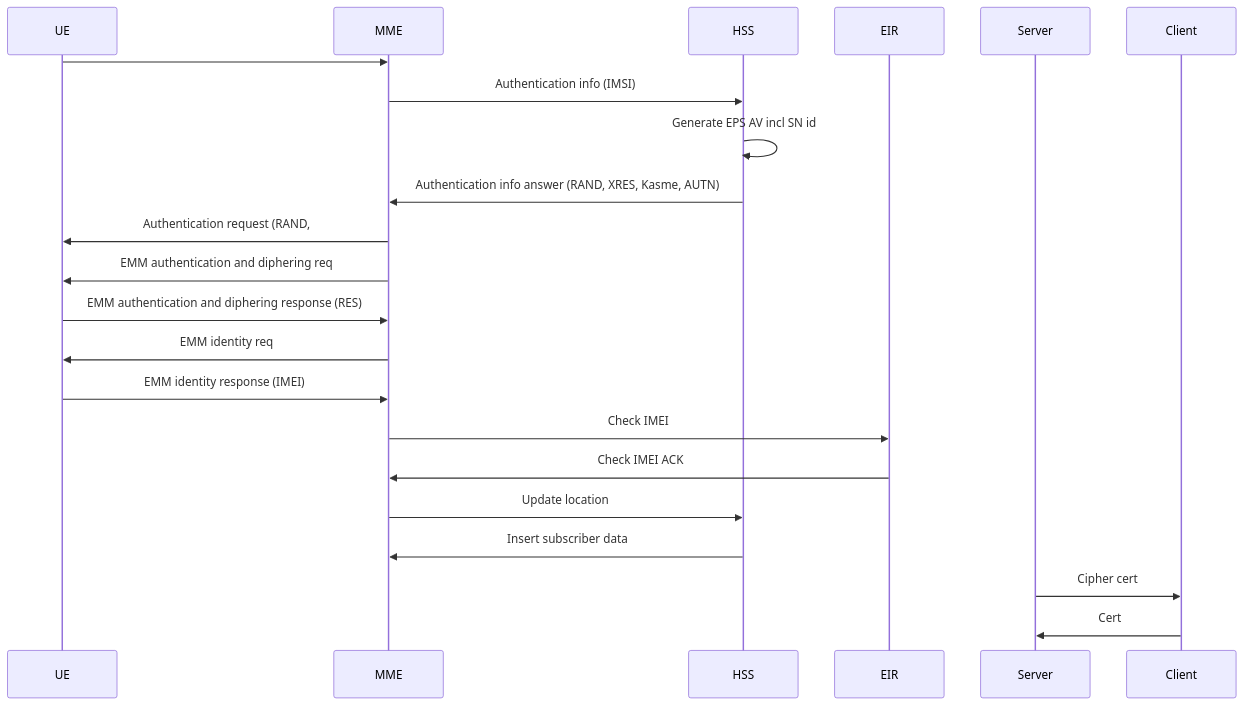
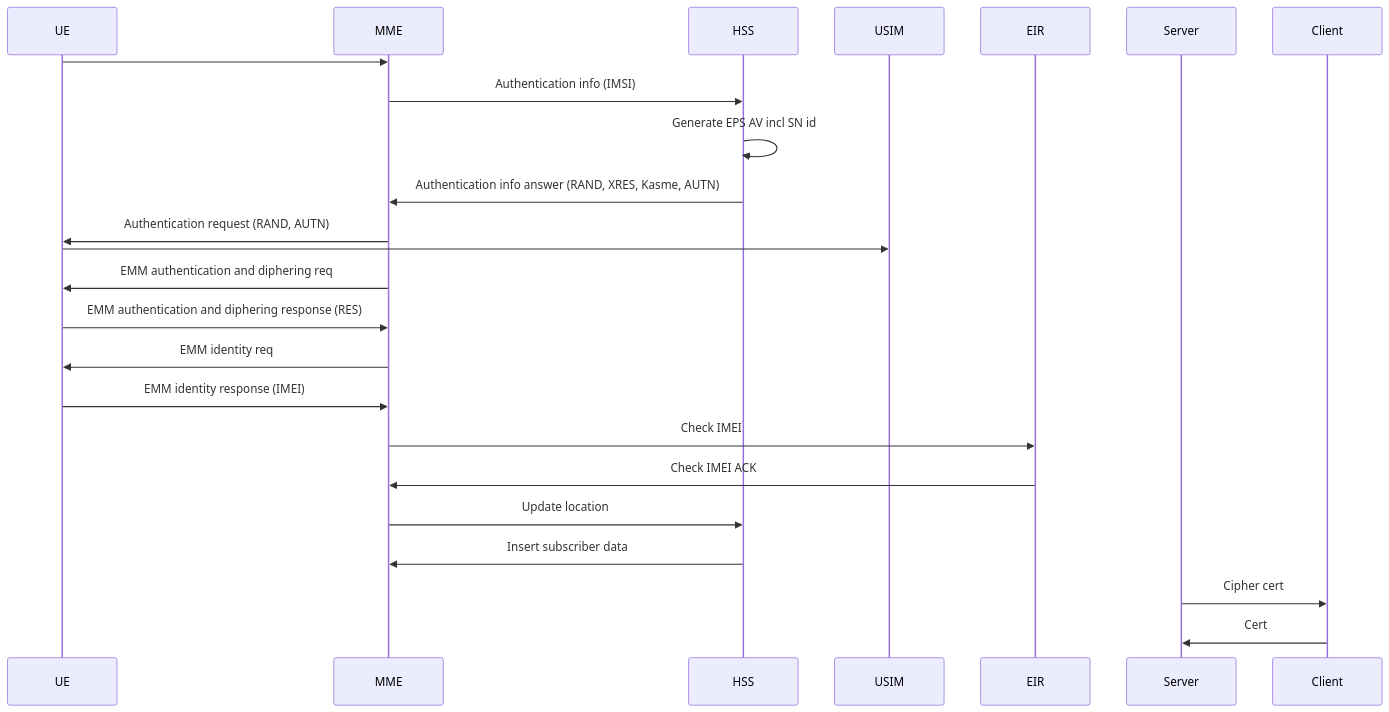
The diagram in ARM.md (ThomasRochette/NoteCours), drawn with Mermaid before and after one commit. The commit also changed other lines of this file, not shown here.

Commit message:
Uploaded by https://stackedit.io/

````diff
--- a/ARM.md
+++ b/ARM.md
@@ -80,19 +80,20 @@
 ```mermaid
 sequenceDiagram
 UE ->> MME: 
 MME ->> HSS: Authentication info (IMSI)
 HSS ->> HSS: Generate EPS AV incl SN id
 HSS ->> MME: Authentication info answer (RAND, XRES, Kasme, AUTN)
-MME ->> UE: Authentication request (RAND,  
+MME ->> UE: Authentication request (RAND, AUTN)
+UE ->> USIM:  
 
 MME ->> UE: EMM authentication and diphering req
 UE ->> MME: EMM authentication and diphering response (RES)
 MME ->> UE: EMM identity req
 UE ->> MME: EMM identity response (IMEI)
 MME ->> EIR: Check IMEI
 EIR ->> MME: Check IMEI ACK
 MME ->> HSS: Update location
 HSS ->> MME: Insert subscriber data
 Server ->> Client: Cipher cert
 Client ->> Server: Cert
 ```
````
